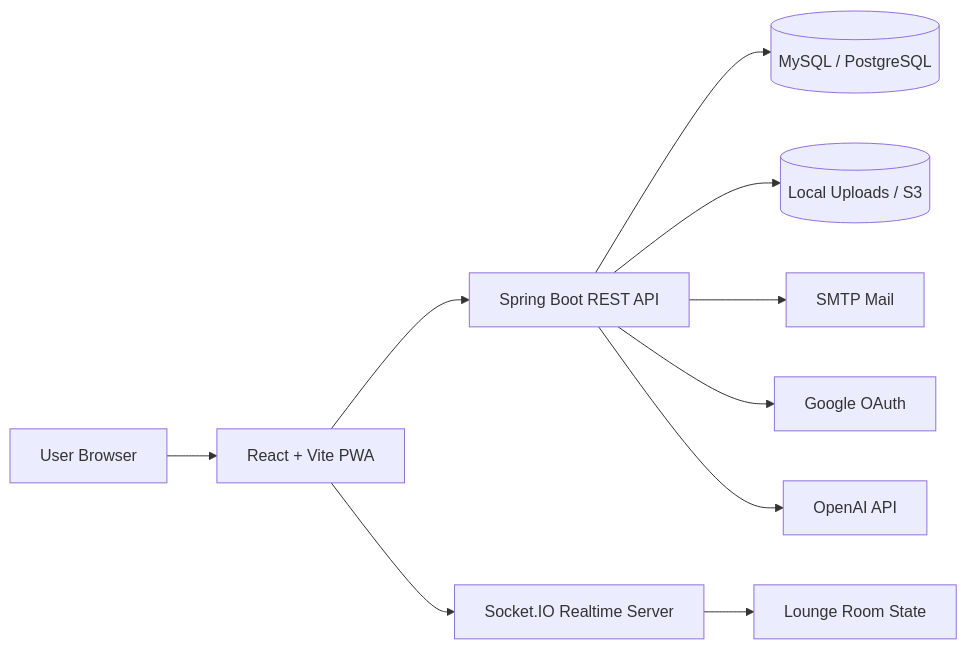
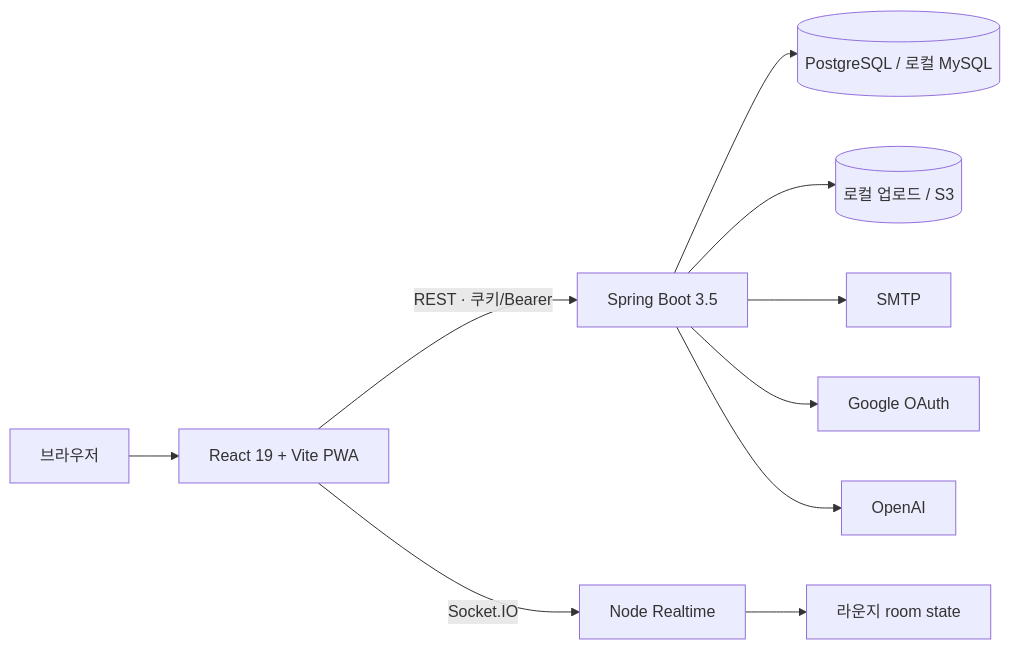
The diagram in README.md (toadsam/Ajou_MuscleUp), drawn with Mermaid before and after one commit. The commit also changed other lines of this file and 6 other files, not shown here.

````diff
--- a/README.md
+++ b/README.md
@@ -94,14 +48,12 @@
 ```mermaid
 flowchart LR
-  User[User Browser] --> Frontend[React + Vite PWA]
-  Frontend --> Backend[Spring Boot REST API]
-  Frontend --> Realtime[Socket.IO Realtime Server]
-
-  Backend --> DB[(MySQL / PostgreSQL)]
-  Backend --> Storage[(Local Uploads / S3)]
-  Backend --> Mail[SMTP Mail]
-  Backend --> Google[Google OAuth]
-  Backend --> OpenAI[OpenAI API]
-
-  Realtime --> Lounge[Lounge Room State]
+  User[브라우저] --> FE[React 19 + Vite PWA]
+  FE -->|REST · 쿠키/Bearer| BE[Spring Boot 3.5]
+  FE -->|Socket.IO| RT[Node Realtime]
+  BE --> DB[(PostgreSQL / 로컬 MySQL)]
+  BE --> S3[(로컬 업로드 / S3)]
+  BE --> Mail[SMTP]
+  BE --> Google[Google OAuth]
+  BE --> OpenAI[OpenAI]
+  RT --> Room[라운지 room state]
 ```
````
